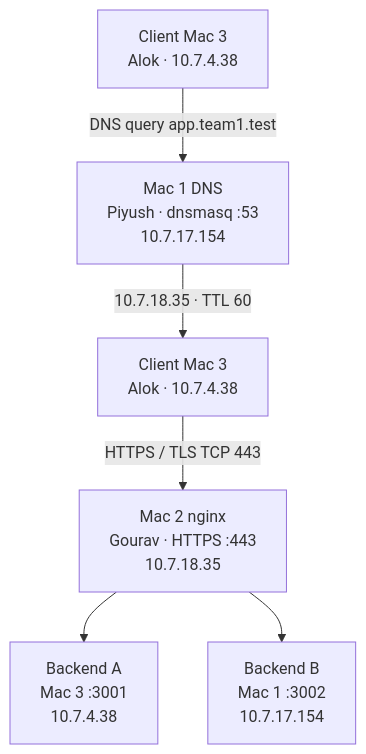
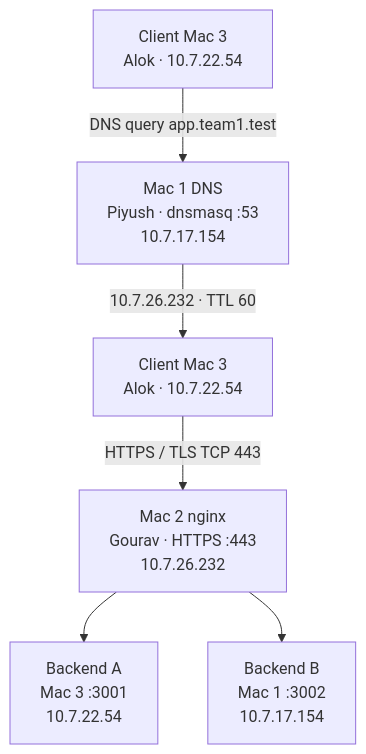
The diagram in 01-Architecture-Document/README.md (g-tanwar/Computer_Networks), drawn with Mermaid before and after one commit. The commit also changed other lines of this file and 30 other files, not shown here.

````diff
--- a/01-Architecture-Document/README.md
+++ b/01-Architecture-Document/README.md
@@ -31,15 +31,15 @@
 ```mermaid
 flowchart TD
-    C["Client Mac 3<br/>Alok · 10.7.4.38"]
+    C["Client Mac 3<br/>Alok · 10.7.22.54"]
     D["Mac 1 DNS<br/>Piyush · dnsmasq :53<br/>10.7.17.154"]
-    C2["Client Mac 3<br/>Alok · 10.7.4.38"]
-    N["Mac 2 nginx<br/>Gourav · HTTPS :443<br/>10.7.18.35"]
-    A["Backend A<br/>Mac 3 :3001<br/>10.7.4.38"]
+    C2["Client Mac 3<br/>Alok · 10.7.22.54"]
+    N["Mac 2 nginx<br/>Gourav · HTTPS :443<br/>10.7.26.232"]
+    A["Backend A<br/>Mac 3 :3001<br/>10.7.22.54"]
     B["Backend B<br/>Mac 1 :3002<br/>10.7.17.154"]
 
     C -->|"DNS query app.team1.test"| D
-    D -->|"10.7.18.35 · TTL 60"| C2
+    D -->|"10.7.26.232 · TTL 60"| C2
     C2 -->|"HTTPS / TLS TCP 443"| N
     N --> A
     N --> B
 ```
````
